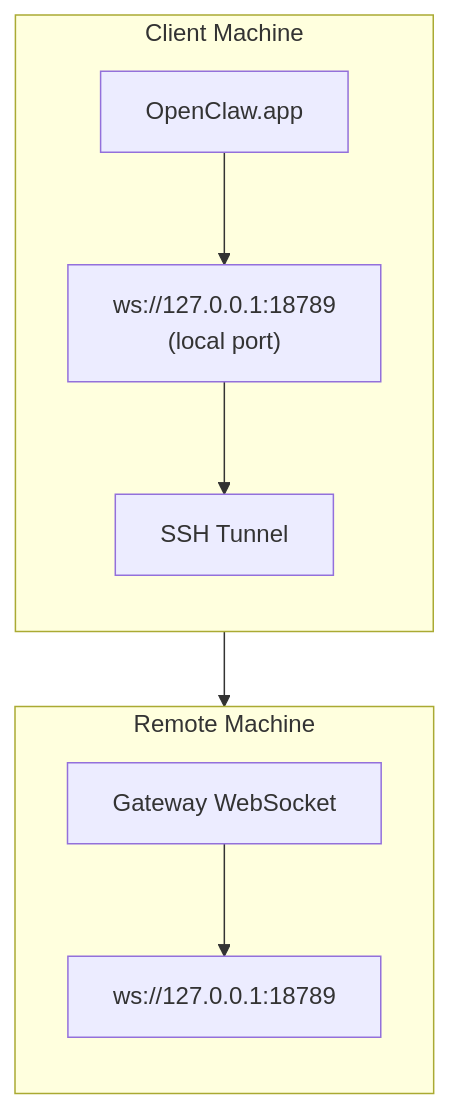
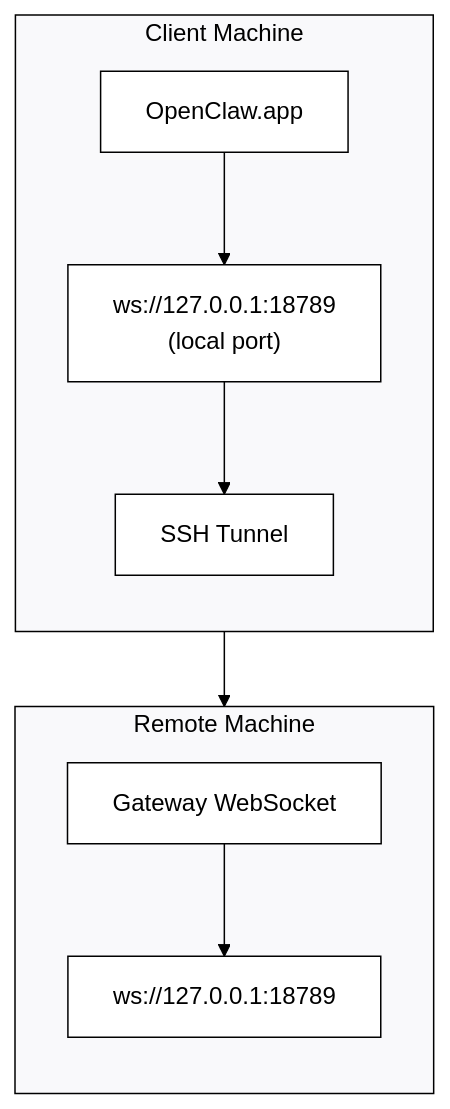
Before and after one commit to johnakelly-yahoo-com/veiseule-openclaw: the diagram in uz/gateway/remote-gateway-readme.md, drawn with Mermaid. The commit also changed other lines of this file and 7264 other files, not shown here.

````diff
--- a/uz/gateway/remote-gateway-readme.md
+++ b/uz/gateway/remote-gateway-readme.md
@@ -11,20 +13,36 @@
 ```mermaid
+%%{init: {
+  'theme': 'base',
+  'themeVariables': {
+    'primaryColor': '#ffffff',
+    'primaryTextColor': '#000000',
+    'primaryBorderColor': '#000000',
+    'lineColor': '#000000',
+    'secondaryColor': '#f9f9fb',
+    'tertiaryColor': '#ffffff',
+    'clusterBkg': '#f9f9fb',
+    'clusterBorder': '#000000',
+    'nodeBorder': '#000000',
+    'mainBkg': '#ffffff',
+    'edgeLabelBackground': '#ffffff'
+  }
+}}%%
 flowchart TB
     subgraph Client["Client Machine"]
         direction TB
         A["OpenClaw.app"]
         B["ws://127.0.0.1:18789\n(local port)"]
         T["SSH Tunnel"]
 
         A --> B
         B --> T
     end
     subgraph Remote["Remote Machine"]
         direction TB
         C["Gateway WebSocket"]
         D["ws://127.0.0.1:18789"]
 
         C --> D
     end
     T --> C
 ```
````
